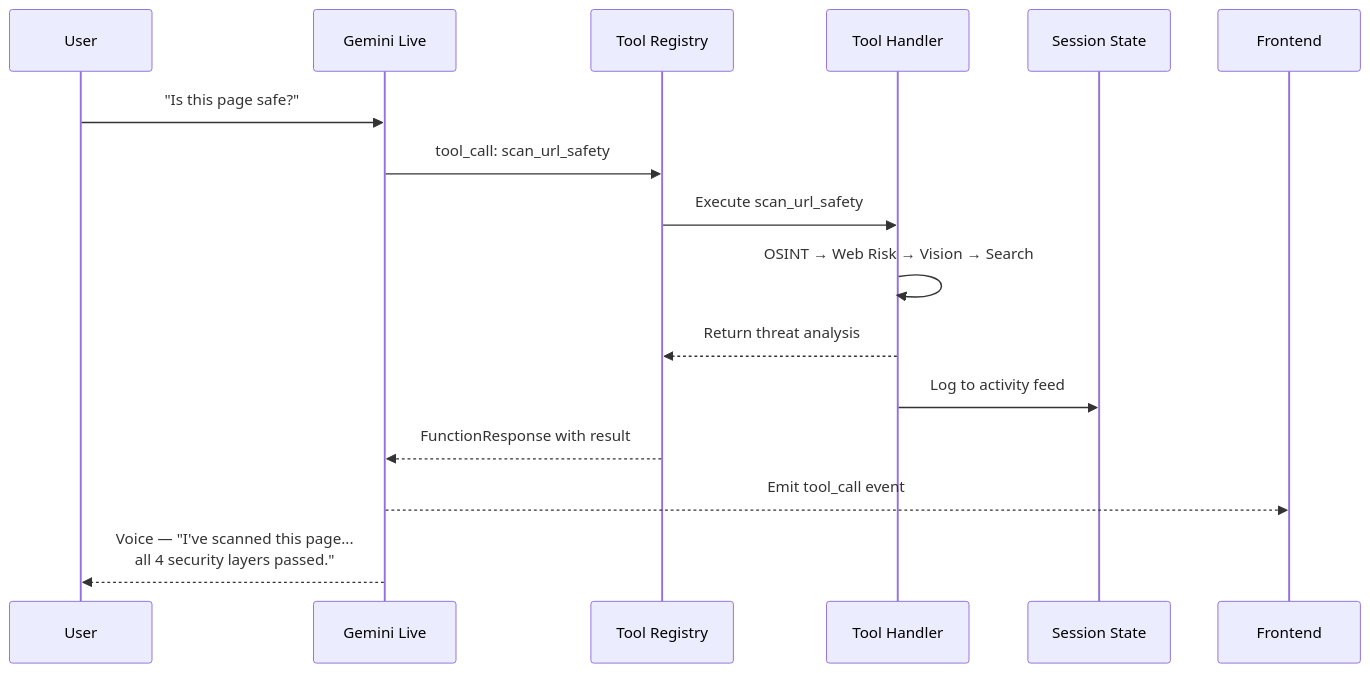
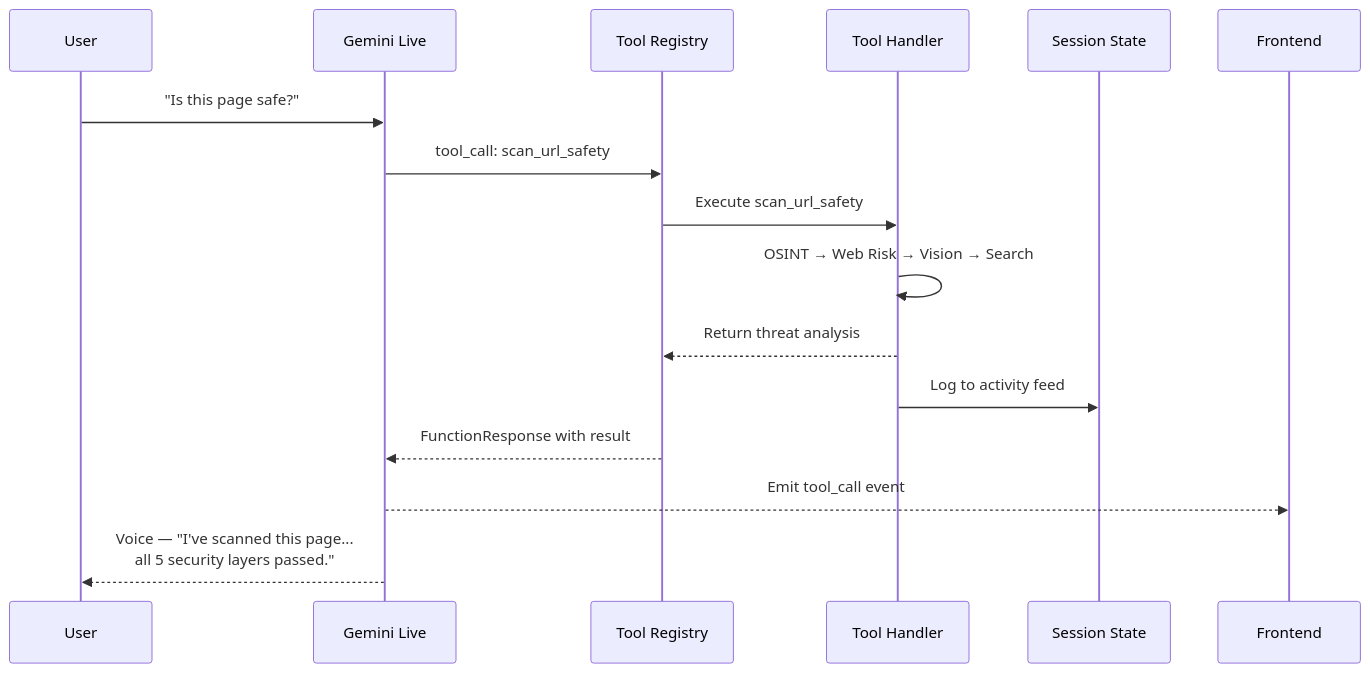
One commit to vigneshbarani24/resolve-vigil changed the seventh of 10 diagrams in docs/architecture-diagrams.md. Above: the diagram before and after it, drawn with Mermaid. The commit also changed other lines of this file and 10 other files, not shown here.

First line of the commit message:
feat: add 5-layer architecture diagrams + update README image refs

````diff
--- a/docs/architecture-diagrams.md
+++ b/docs/architecture-diagrams.md
@@ -372,24 +372,24 @@
 ```mermaid
 sequenceDiagram
     participant User
     participant Agent as Gemini Live
     participant Registry as Tool Registry
     participant Handler as Tool Handler
     participant Session as Session State
     participant Frontend
 
     User->>Agent: "Is this page safe?"
 
     Agent->>Registry: tool_call: scan_url_safety
 
     Registry->>Handler: Execute scan_url_safety
     Handler->>Handler: OSINT → Web Risk → Vision → Search
     Handler-->>Registry: Return threat analysis
 
     Handler->>Session: Log to activity feed
 
     Registry-->>Agent: FunctionResponse with result
 
     Agent-->>Frontend: Emit tool_call event
-    Agent-->>User: Voice — "I've scanned this page...<br/>all 4 security layers passed."
+    Agent-->>User: Voice — "I've scanned this page...<br/>all 5 security layers passed."
 ```
````
